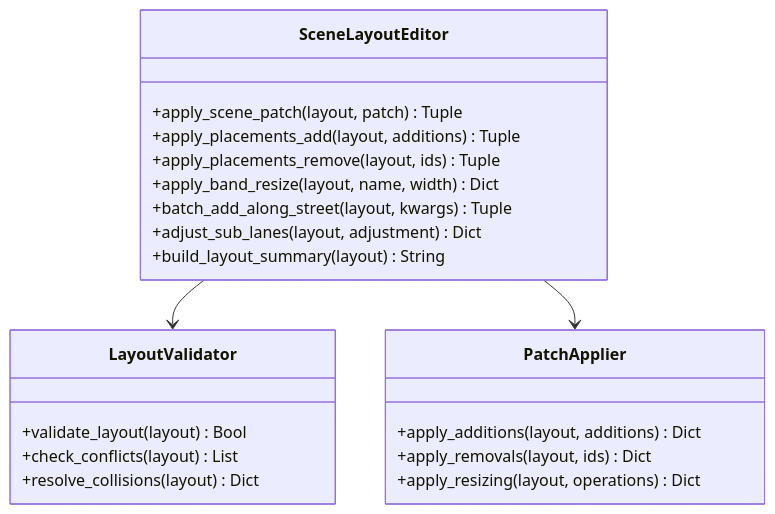
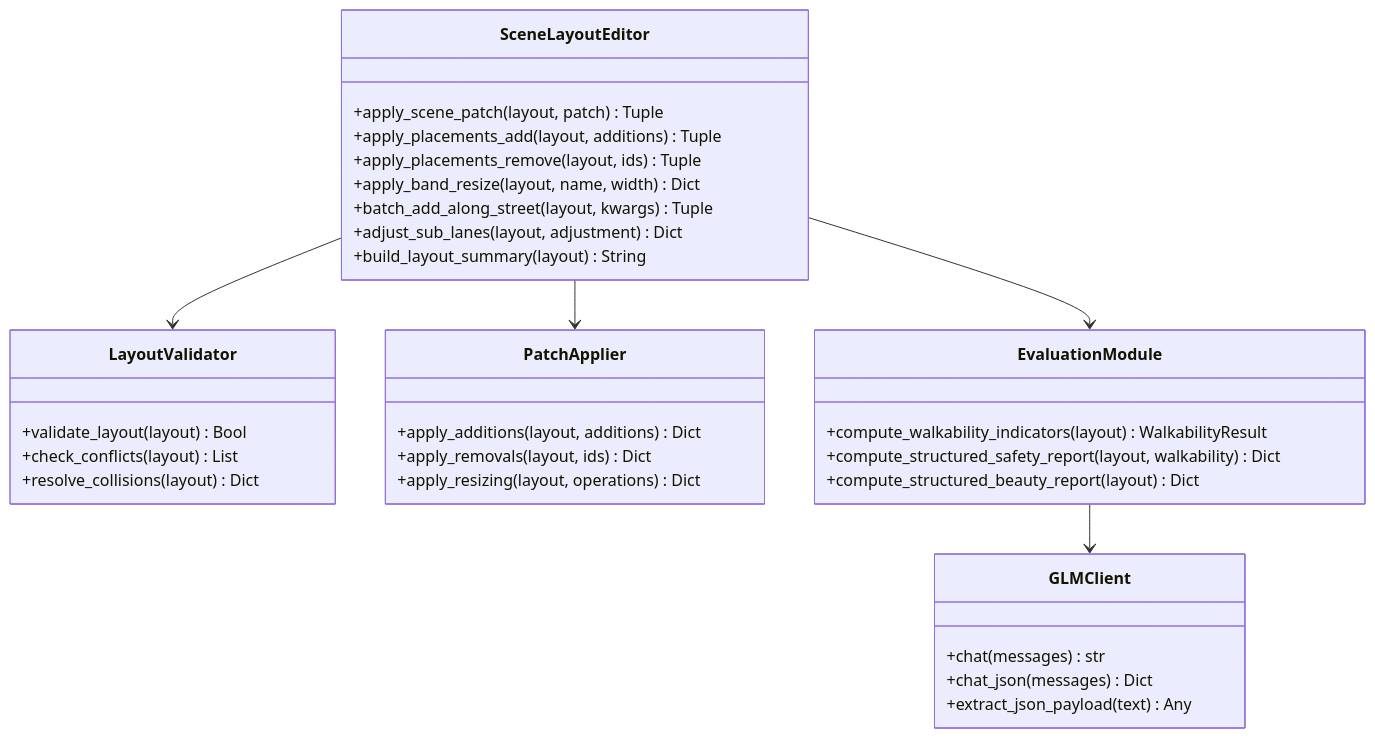
One commit to wsqstar/RoadGen3D changed the third of 7 diagrams in .qoder/repowiki/zh/content/里程碑管道/自动场景生成流水线/场景布局编辑器.md. Above: the diagram before and after it, drawn with Mermaid. The commit also changed other lines of this file and 12 other files, not shown here.

````diff
--- a/.qoder/repowiki/zh/content/里程碑管道/自动场景生成流水线/场景布局编辑器.md
+++ b/.qoder/repowiki/zh/content/里程碑管道/自动场景生成流水线/场景布局编辑器.md
@@ -133,24 +166,36 @@
 ```mermaid
 classDiagram
 class SceneLayoutEditor {
 +apply_scene_patch(layout, patch) Tuple
 +apply_placements_add(layout, additions) Tuple
 +apply_placements_remove(layout, ids) Tuple
 +apply_band_resize(layout, name, width) Dict
 +batch_add_along_street(layout, kwargs) Tuple
 +adjust_sub_lanes(layout, adjustment) Dict
 +build_layout_summary(layout) String
 }
 class LayoutValidator {
 +validate_layout(layout) Bool
 +check_conflicts(layout) List
 +resolve_collisions(layout) Dict
 }
 class PatchApplier {
 +apply_additions(layout, additions) Dict
 +apply_removals(layout, ids) Dict
 +apply_resizing(layout, operations) Dict
 }
+class EvaluationModule {
++compute_walkability_indicators(layout) WalkabilityResult
++compute_structured_safety_report(layout, walkability) Dict
++compute_structured_beauty_report(layout) Dict
+}
+class GLMClient {
++chat(messages) str
++chat_json(messages) Dict
++extract_json_payload(text) Any
+}
 SceneLayoutEditor --> LayoutValidator
 SceneLayoutEditor --> PatchApplier
+SceneLayoutEditor --> EvaluationModule
+EvaluationModule --> GLMClient
 ```
````
